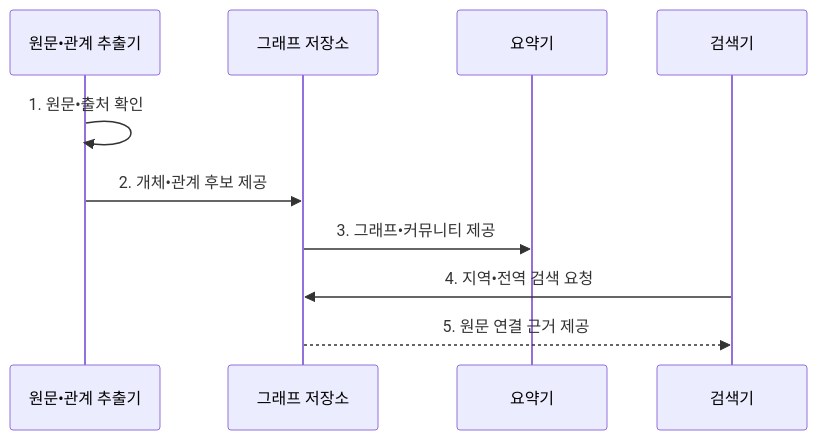
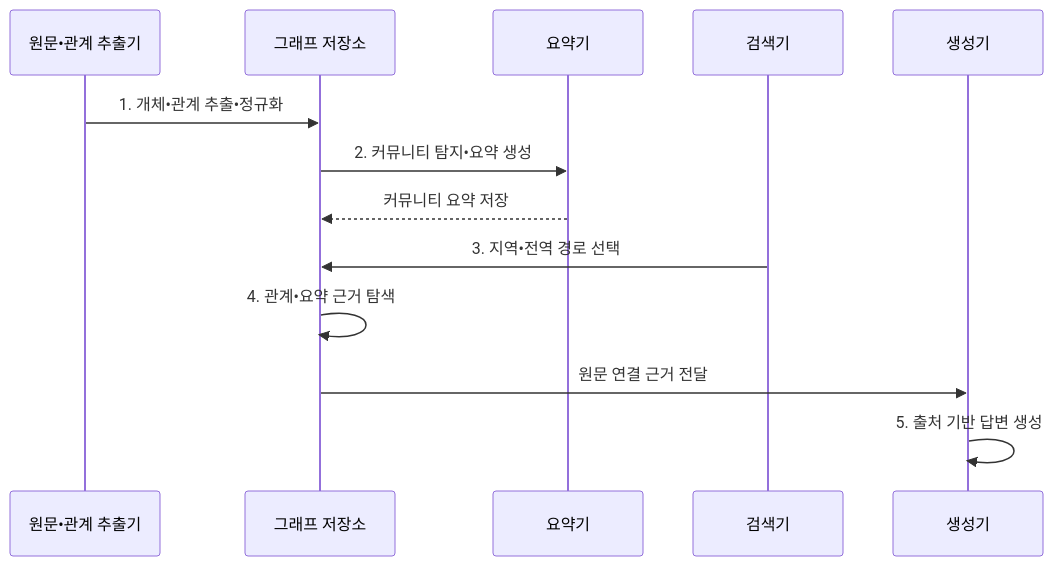
One commit to agnusdei1207/knowledge-base changed the second of 2 diagrams in src/content/docs/notes/08-latest-tech/072_graph_rag.md. Above: the diagram before and after it, drawn with Mermaid. The commit also changed other lines of this file and 17 other files, not shown here.

````diff
--- a/src/content/docs/notes/08-latest-tech/072_graph_rag.md
+++ b/src/content/docs/notes/08-latest-tech/072_graph_rag.md
@@ -105,12 +105,15 @@
 ```mermaid
 sequenceDiagram
   participant X as 원문•관계 추출기
   participant G as 그래프 저장소
   participant C as 요약기
   participant R as 검색기
-  X->>X: 1. 원문•출처 확인
-  X->>G: 2. 개체•관계 후보 제공
-  G->>C: 3. 그래프•커뮤니티 제공
-  R->>G: 4. 지역•전역 검색 요청
-  G-->>R: 5. 원문 연결 근거 제공
+  participant A as 생성기
+  X->>G: 1. 개체•관계 추출•정규화
+  G->>C: 2. 커뮤니티 탐지•요약 생성
+  C-->>G: 커뮤니티 요약 저장
+  R->>G: 3. 지역•전역 경로 선택
+  G->>G: 4. 관계•요약 근거 탐색
+  G->>A: 원문 연결 근거 전달
+  A->>A: 5. 출처 기반 답변 생성
 ```
````
